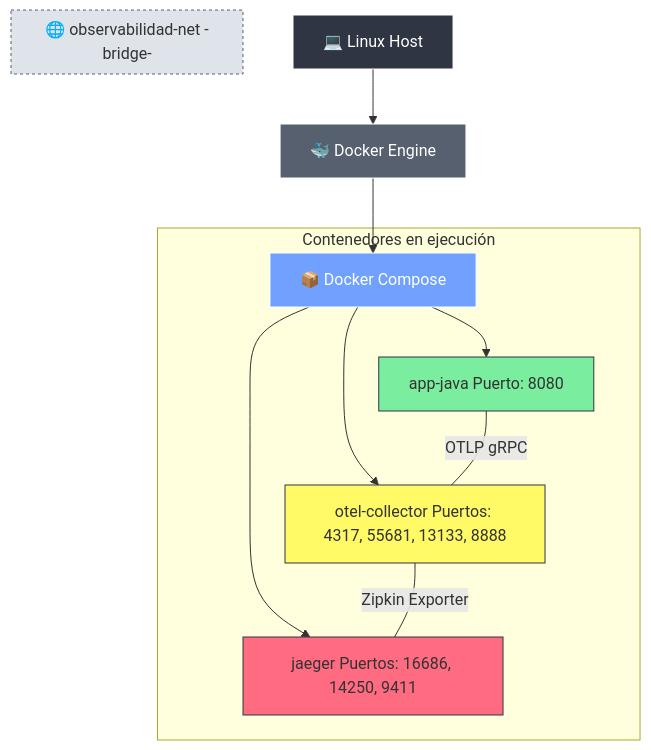
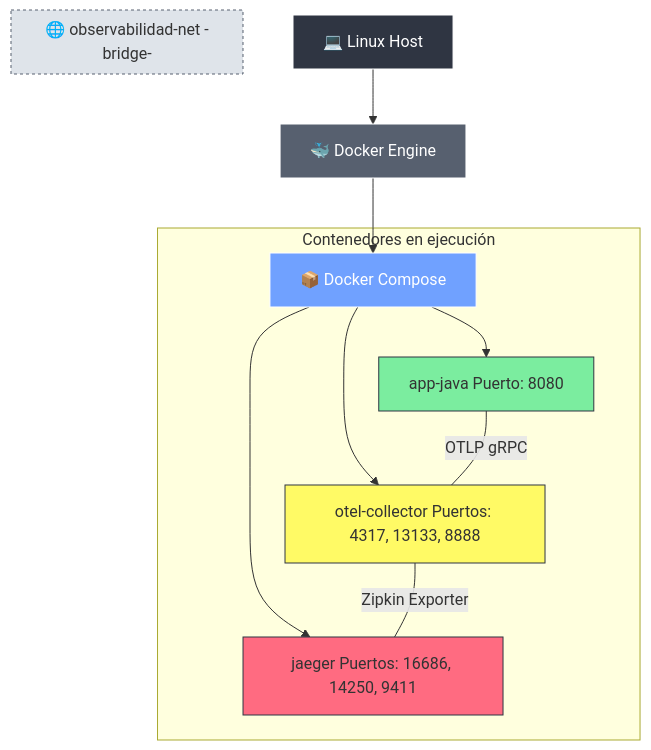
The diagram in Fase01/final/README.md (rugi/OTEL_Parte2), drawn with Mermaid before and after one commit.

````diff
--- a/Fase01/final/README.md
+++ b/Fase01/final/README.md
@@ -42,32 +42,32 @@
 ``` mermaid
 graph TD
     A[💻 Linux Host] --> B[🐳 Docker Engine]
     B --> C[📦 Docker Compose]
 
     %% Contenedores encima del Compose
     subgraph Containers [Contenedores en ejecución]
         C --> D1[app-java Puerto: 8080]
-        C --> D2[otel-collector Puertos: 4317, 55681, 13133, 8888]
+        C --> D2[otel-collector Puertos: 4317, 13133, 8888]
         C --> D3[jaeger Puertos: 16686, 14250, 9411]
     end
 
     %% Conexiones de red internas
     D1 ---|OTLP gRPC| D2
     D2 ---|Zipkin Exporter| D3
 
     %% Red
     subgraph Network [🌐 observabilidad-net -bridge-]
         D1
         D2
         D3
     end
 
     %% Estilo visual
     style A fill:#2f3542,stroke:#fff,stroke-width:1px,color:#fff
     style B fill:#57606f,stroke:#fff,color:#fff
     style C fill:#70a1ff,stroke:#fff,color:#fff
     style D1 fill:#7bed9f,stroke:#2f3542
     style D2 fill:#fffa65,stroke:#2f3542
     style D3 fill:#ff6b81,stroke:#2f3542
     style Network fill:#dfe4ea,stroke:#57606f,stroke-dasharray:3 3
 ```
````
